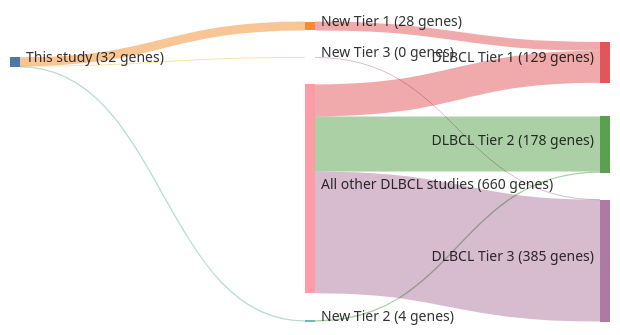
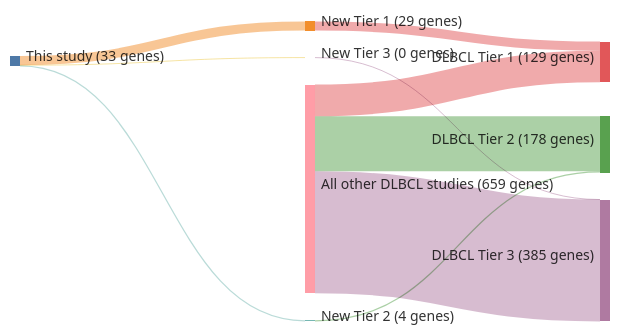
One commit to morinlab/lymphopedia changed the diagram in papers/morinFrequentMutationHistonemodifying2011.md. Above: the diagram before and after it, drawn with Mermaid. The commit also changed other lines of this file and 2 other files, not shown here.

````diff
--- a/papers/morinFrequentMutationHistonemodifying2011.md
+++ b/papers/morinFrequentMutationHistonemodifying2011.md
@@ -13,23 +13,23 @@
 ```mermaid
 ---
 config:
     sankey:
         showValues: true
         linkColor: target
         width: 600
         height: 300
         nodeAlignment: right
         prefix: '('
         suffix: ' genes)'
 ---
 sankey-beta
-This study, New Tier 1, 28
-New Tier 1, DLBCL Tier 1, 28
+This study, New Tier 1, 29
+New Tier 1, DLBCL Tier 1, 29
 This study, New Tier 2, 4
 New Tier 2, DLBCL Tier 2, 4
 This study, New Tier 3, 0
 New Tier 3, DLBCL Tier 3, 0
-All other DLBCL studies, DLBCL Tier 1, 101
+All other DLBCL studies, DLBCL Tier 1, 100
 All other DLBCL studies, DLBCL Tier 2, 174
 All other DLBCL studies, DLBCL Tier 3, 385
 ```
````
